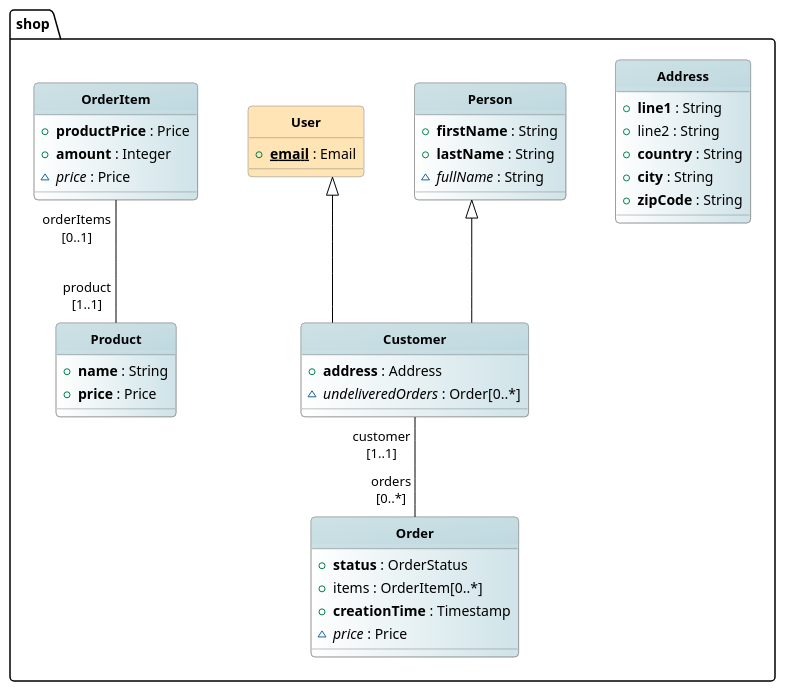
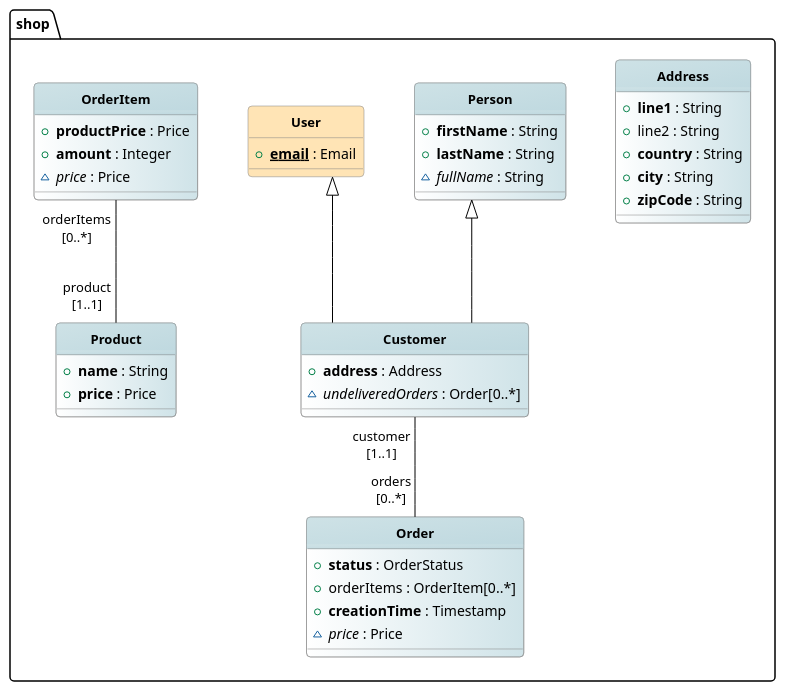
The diagram in docs/pages/01_intro.adoc (BlackBeltTechnology/judo-meta-jsl), drawn with PlantUML before and after one commit. The commit also changed other lines of this file and 1 other file, not shown here.

Commit message:
JNG-4157 min, max, avg, sum, head, tail selector revised

```diff
--- a/docs/pages/01_intro.adoc
+++ b/docs/pages/01_intro.adoc
@@ -186,43 +188,43 @@
 
 together {
 	class Address << Entity >>  {
-		+<b>line1</b> : String
+		+**line1** : String
 		+line2 : String
-		+<b>country</b> : String
-		+<b>city</b> : String
-		+<b>zipCode</b> : String
+		+**country** : String
+		+**city** : String
+		+**zipCode** : String
 	}
 	class Person << Entity >>  {
-		+<b>firstName</b> : String
-		+<b>lastName</b> : String
-		~<i>fullName</i> : String
+		+**firstName** : String
+		+**lastName** : String
+		~//fullName// : String
 	}
 	class User <<  Abstract >>   {
-		+<u><b>email</b></u> : Email
+		+<u>**email**</u> : Email
 	}
 	class Customer << Entity >> extends User, Person {
-		+<b>address</b> : Address
-		~<i>undeliveredOrders</i> : Order[0..*]
+		+**address** : Address
+		~//undeliveredOrders// : Order[0..*]
 	}
 	class Order << Entity >>  {
-		+<b>status</b> : OrderStatus
-		+items : OrderItem[0..*]
-		+<b>creationTime</b> : Timestamp
-		~<i>price</i> : Price
+		+**status** : OrderStatus
+		+orderItems : OrderItem[0..*]
+		+**creationTime** : Timestamp
+		~//price// : Price
 	}
 	class OrderItem << Entity >>  {
-		+<b>productPrice</b> : Price
-		+<b>amount</b> : Integer
-		~<i>price</i> : Price
+		+**productPrice** : Price
+		+**amount** : Integer
+		~//price// : Price
 	}
 	class Product << Entity >>  {
-		+<b>name</b> : String
-		+<b>price</b> : Price
+		+**name** : String
+		+**price** : Price
 	}
 	
 
 	Customer  "customer\n[1..1]" --   "orders\n[0..*]" Order
-	OrderItem  "orderItems\n[0..1]" --   "product\n[1..1]" Product
+	OrderItem  "orderItems\n[0..*]" --   "product\n[1..1]" Product
 
 
 }
```
